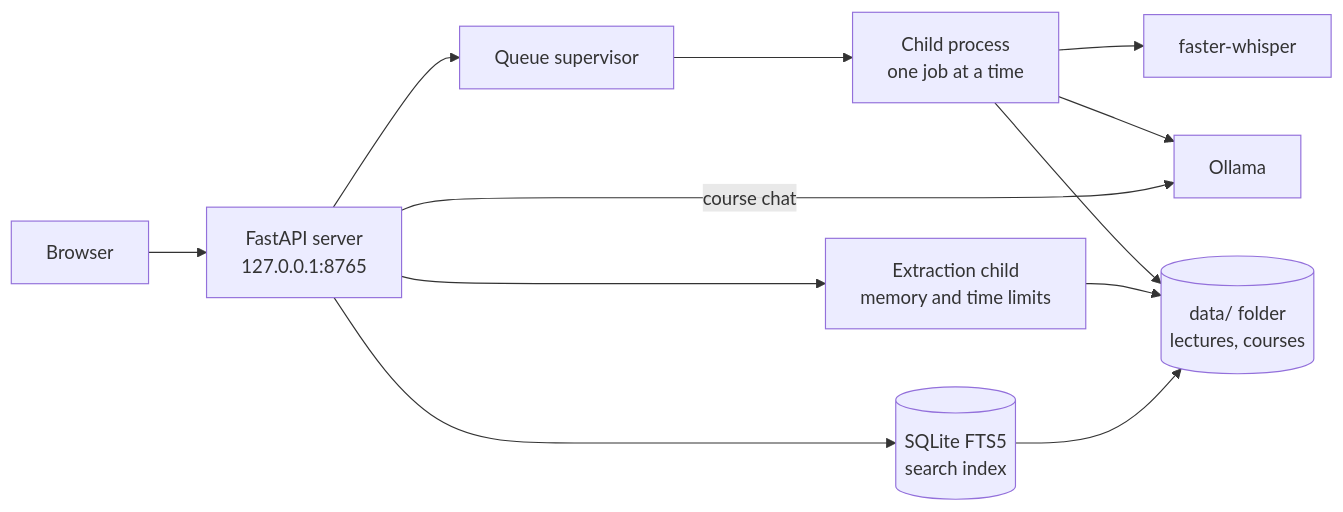
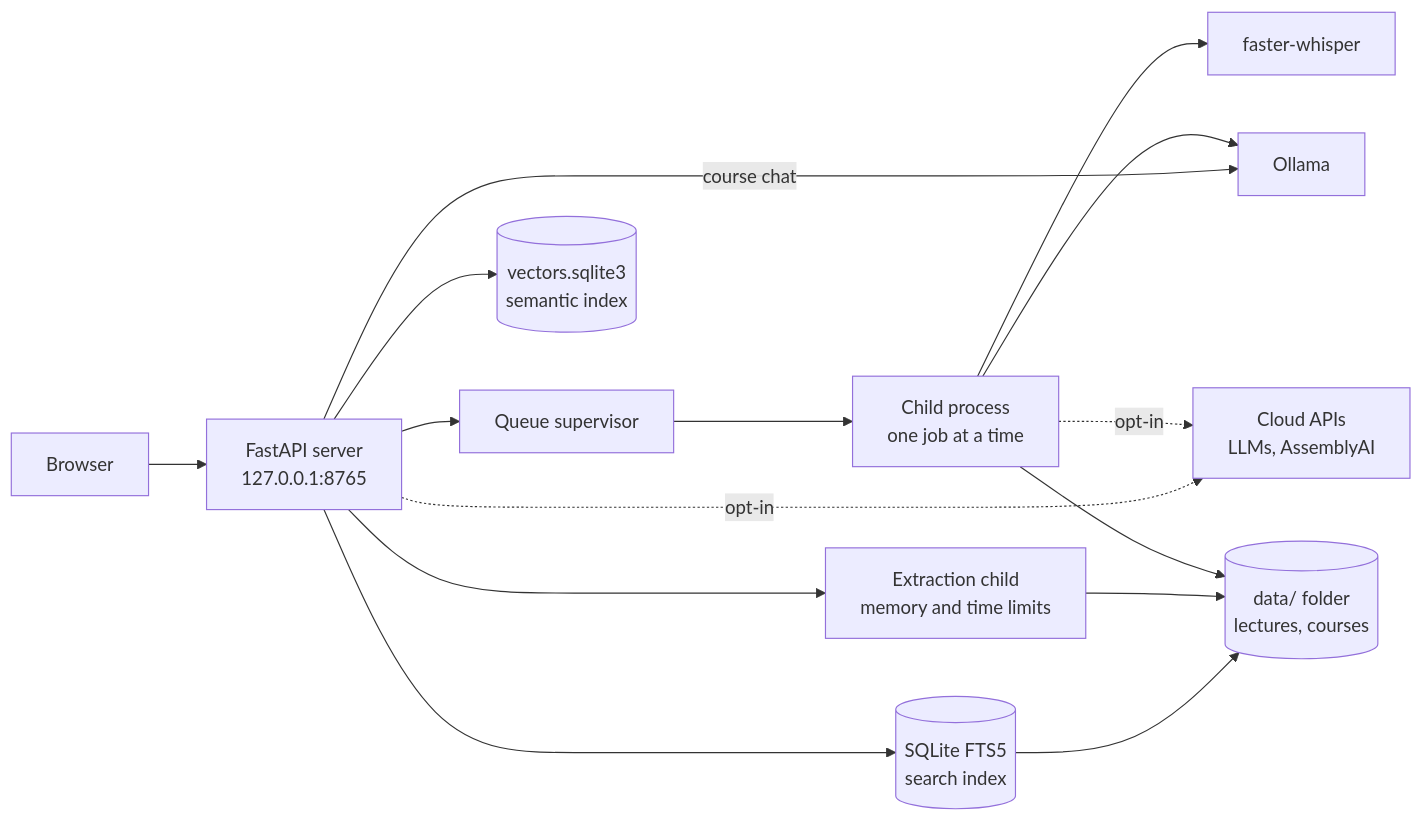
Before and after one commit to AndreaBonn/speech-to-text: the diagram in README.md, drawn with Mermaid. The commit also changed other lines of this file and 3 other files, not shown here.

First line of the commit message:
docs: cover cloud engines, semantic search and Docker in README and security policy

````diff
--- a/README.md
+++ b/README.md
@@ -83,14 +96,17 @@
 ```mermaid
 flowchart LR
     browser["Browser"] --> server["FastAPI server<br/>127.0.0.1:8765"]
     server --> supervisor["Queue supervisor"]
     supervisor --> runner["Child process<br/>one job at a time"]
     runner --> whisper["faster-whisper"]
     runner --> ollama["Ollama"]
     server -- "course chat" --> ollama
+    runner -. "opt-in" .-> cloud["Cloud APIs<br/>LLMs, AssemblyAI"]
+    server -. "opt-in" .-> cloud
     server --> extractor["Extraction child<br/>memory and time limits"]
     runner --> data[("data/ folder<br/>lectures, courses")]
     extractor --> data
     server --> index[("SQLite FTS5<br/>search index")]
+    server --> vectors[("vectors.sqlite3<br/>semantic index")]
     index --> data
 ```
````
